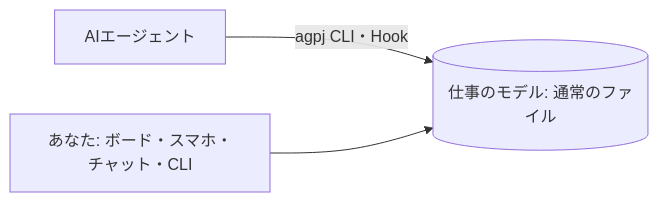
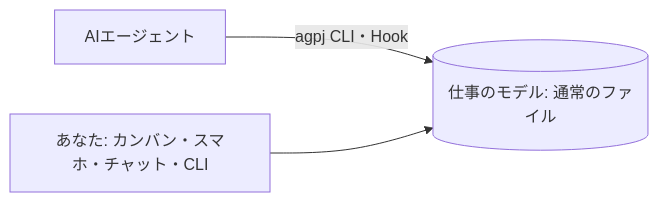
Before and after one commit to FooQoo/agent-project: the diagram in README.ja.md, drawn with Mermaid. The commit also changed other lines of this file and 33 other files, not shown here.

````diff
--- a/README.ja.md
+++ b/README.ja.md
@@ -40,5 +40,5 @@
 ```mermaid
 flowchart LR
     A["AIエージェント"] -- "agpj CLI・Hook" --> M[("仕事のモデル: 通常のファイル")]
-    U["あなた: ボード・スマホ・チャット・CLI"] --> M
+    U["あなた: カンバン・スマホ・チャット・CLI"] --> M
 ```
````
